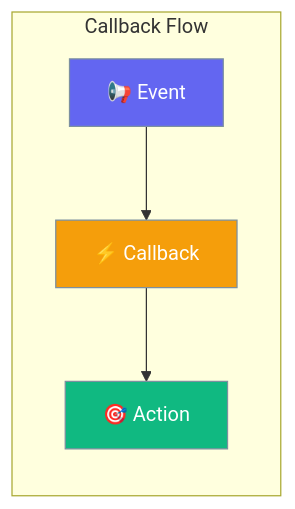
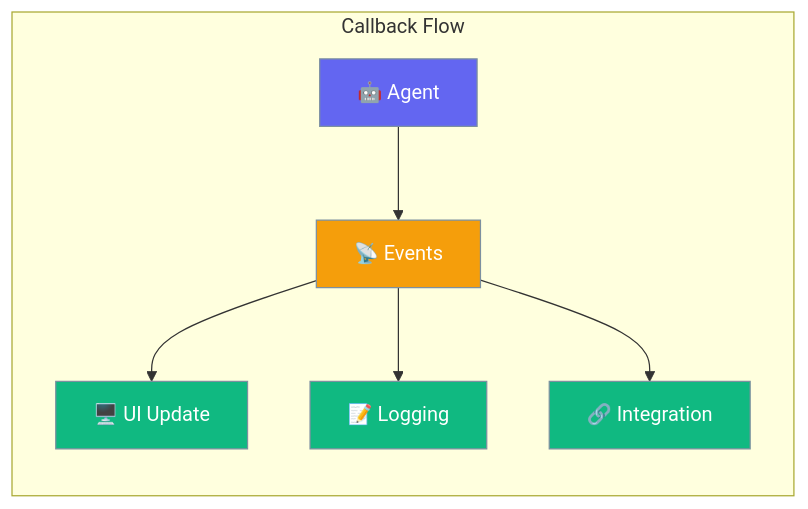
One commit to MervinPraison/PraisonAIDocs changed the first of 2 diagrams in docs/rust/callbacks.mdx. Above: the diagram before and after it, drawn with Mermaid. The commit also changed other lines of this file and 87 other files, not shown here.

````diff
--- a/docs/rust/callbacks.mdx
+++ b/docs/rust/callbacks.mdx
@@ -10,15 +10,17 @@
 ```mermaid
 graph LR
     subgraph "Callback Flow"
-        E[📢 Event] --> C[⚡ Callback]
-        C --> A[🎯 Action]
+        A[🤖 Agent] --> E[📡 Events]
+        E --> UI[🖥️ UI Update]
+        E --> L[📝 Logging]
+        E --> I[🔗 Integration]
     end
     
-    classDef event fill:#6366F1,stroke:#7C90A0,color:#fff
-    classDef callback fill:#F59E0B,stroke:#7C90A0,color:#fff
-    classDef action fill:#10B981,stroke:#7C90A0,color:#fff
+    classDef agent fill:#6366F1,stroke:#7C90A0,color:#fff
+    classDef event fill:#F59E0B,stroke:#7C90A0,color:#fff
+    classDef target fill:#10B981,stroke:#7C90A0,color:#fff
     
+    class A agent
     class E event
-    class C callback
-    class A action
+    class UI,L,I target
 ```
````
